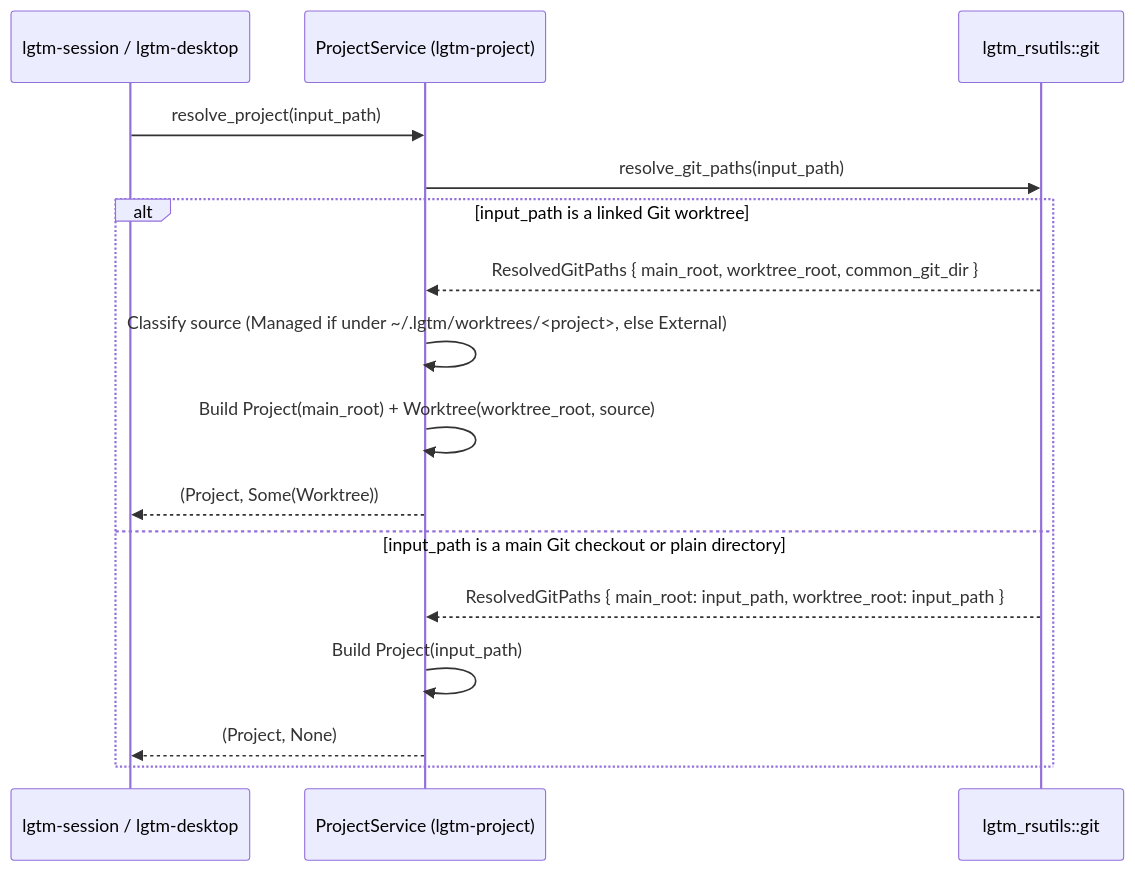
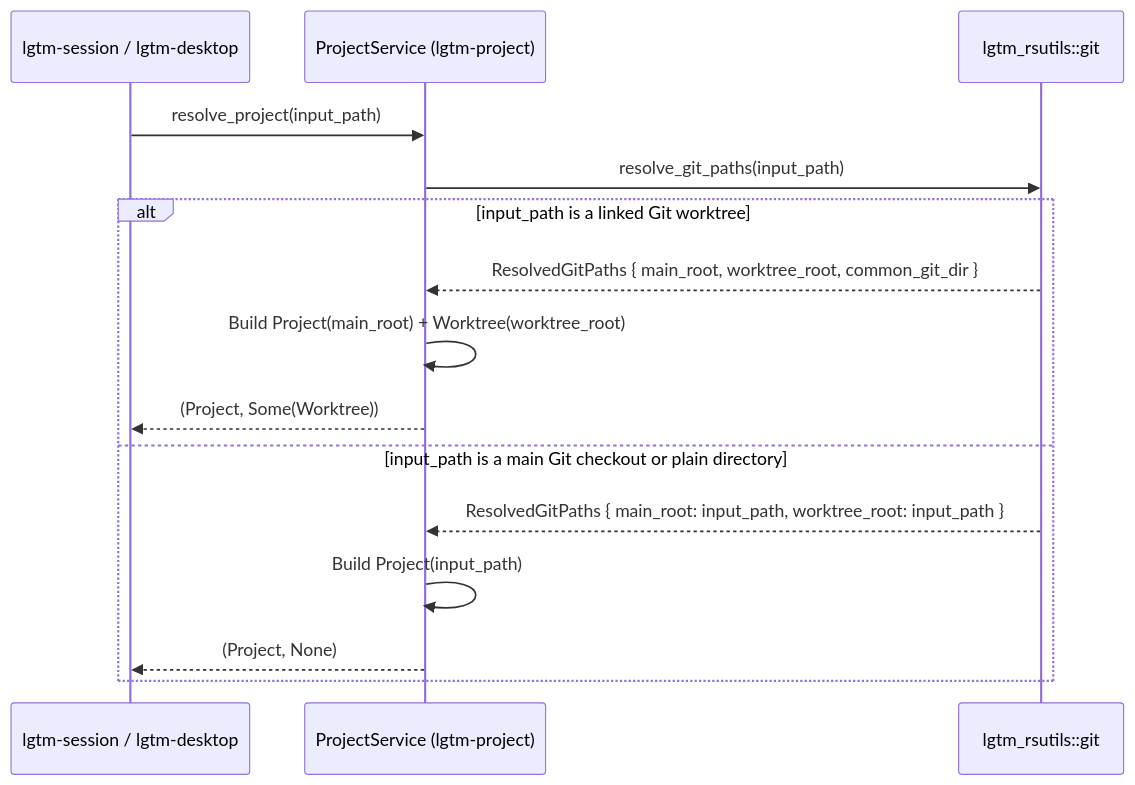
Before and after one commit to difflab-io/lgtm: the third of 3 diagrams in docs/architecture/project/index.md, drawn with Mermaid. The commit also changed other lines of this file and 23 other files, not shown here.

Commit message:
refactor(project,ui,web): remove external worktrees and optimize workspace switch and syntax highlighting

````diff
--- a/docs/architecture/project/index.md
+++ b/docs/architecture/project/index.md
@@ -106,19 +96,18 @@
 ```mermaid
 sequenceDiagram
     participant Caller as lgtm-session / lgtm-desktop
     participant Svc as ProjectService (lgtm-project)
     participant Git as lgtm_rsutils::git
 
     Caller->>Svc: resolve_project(input_path)
     Svc->>Git: resolve_git_paths(input_path)
     alt input_path is a linked Git worktree
         Git-->>Svc: ResolvedGitPaths { main_root, worktree_root, common_git_dir }
-        Svc->>Svc: Classify source (Managed if under ~/.lgtm/worktrees/<project>, else External)
-        Svc->>Svc: Build Project(main_root) + Worktree(worktree_root, source)
+        Svc->>Svc: Build Project(main_root) + Worktree(worktree_root)
         Svc-->>Caller: (Project, Some(Worktree))
     else input_path is a main Git checkout or plain directory
         Git-->>Svc: ResolvedGitPaths { main_root: input_path, worktree_root: input_path }
         Svc->>Svc: Build Project(input_path)
         Svc-->>Caller: (Project, None)
     end
 ```
````
